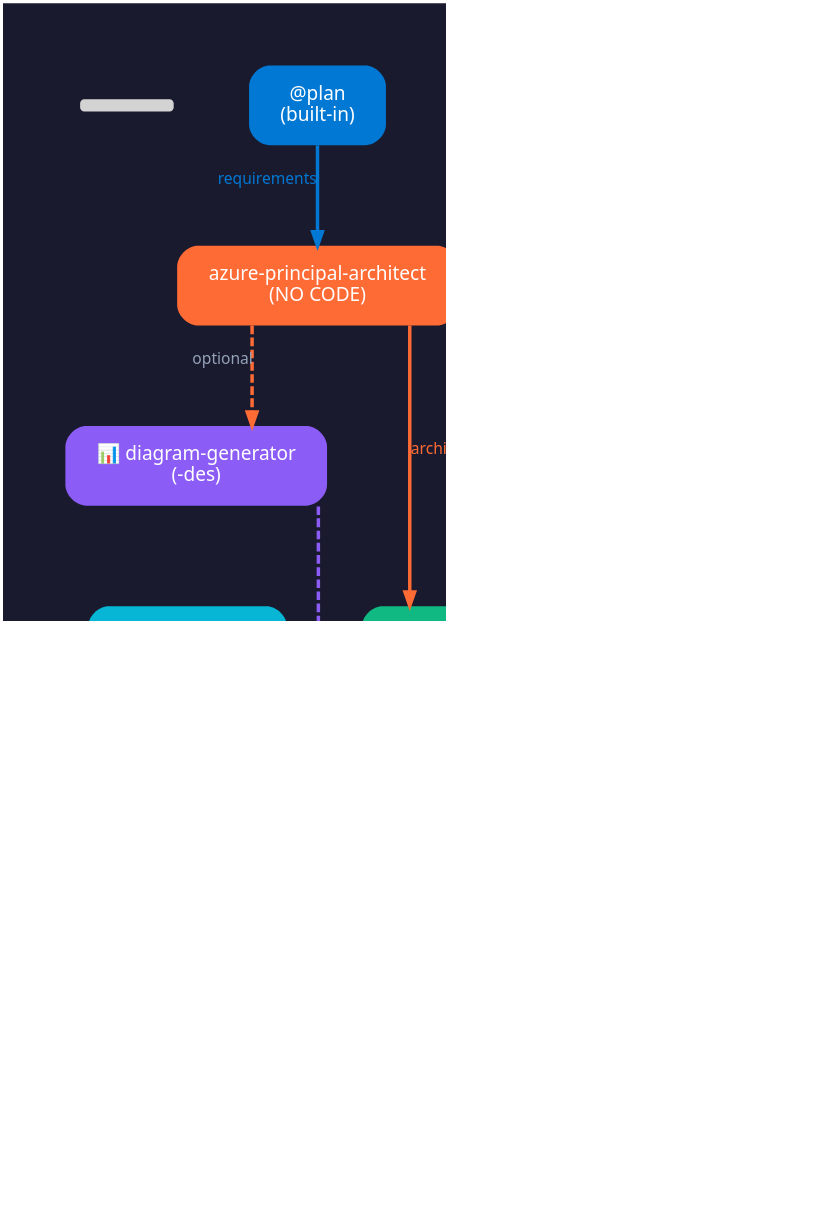
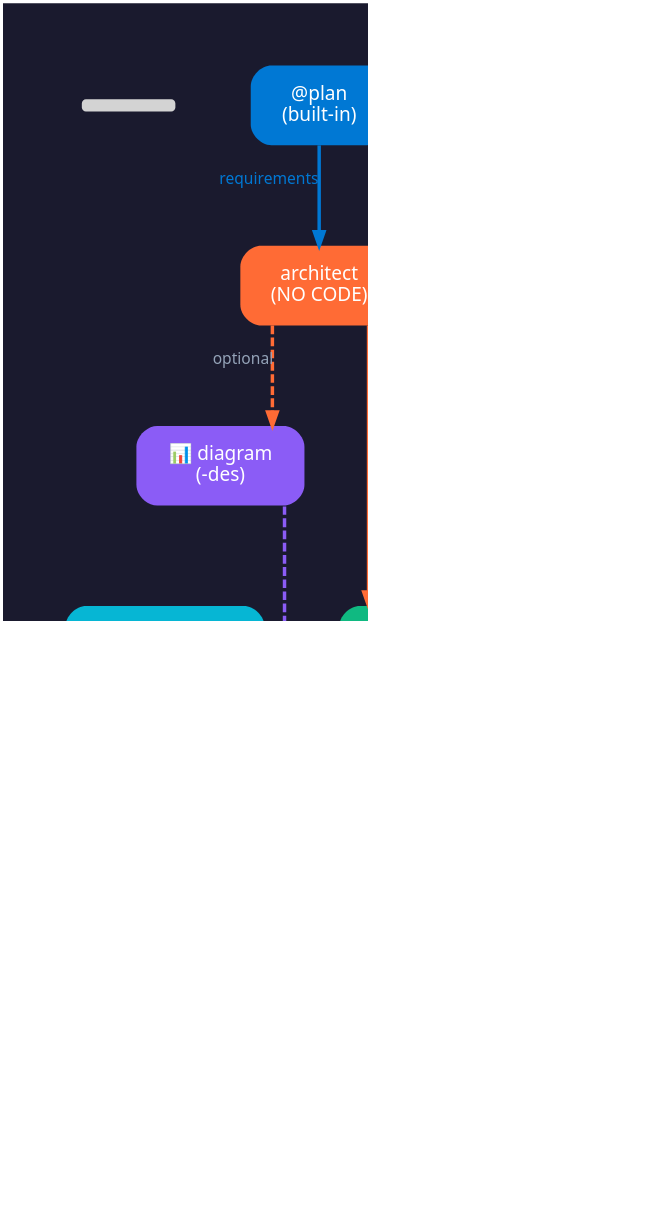
Before and after one commit to SmitaCnovate/azure-agentic-infraops: the diagram in docs/_superseded/diagrams/workflow/workflow_themed.dot, drawn with Graphviz. The commit also changed 102 other files, not shown here.

```diff
--- a/docs/_superseded/diagrams/workflow/workflow_themed.dot
+++ b/docs/_superseded/diagrams/workflow/workflow_themed.dot
@@ -1,200 +1,200 @@
 
 digraph AgenticInfraOps {
     // Graph settings
     graph [
         bgcolor="#1a1a2e"
         fontcolor="white"
         fontname="Segoe UI"
         fontsize="16"
         pad="0.5"
         splines="ortho"
         nodesep="0.6"
         ranksep="0.8"
         rankdir="TB"
         dpi="150"
     ]
     
     node [
         fontname="Segoe UI"
         fontsize="11"
         fontcolor="white"
         style="filled,rounded"
         shape="box"
         penwidth="0"
         margin="0.25,0.15"
     ]
     
     edge [
         color="#64748b"
         fontcolor="#94a3b8"
         fontname="Segoe UI"
         fontsize="9"
         penwidth="2"
         arrowsize="0.8"
     ]
     
     // Title (invisible node for spacing)
     title [label="" shape="none" height="0.1"]
     
     // Step 1: Requirements
     subgraph cluster_step1 {
         label="Step 1: Requirements"
         fontcolor="white"
         fontname="Segoe UI Semibold"
         fontsize="12"
         bgcolor="#16213e"
         style="rounded"
         pencolor="#0f3460"
         penwidth="2"
         
         plan [
             label="@plan\n(built-in)"
             fillcolor="#0078D4"
         ]
     }
     
     // Step 2: Architecture
     subgraph cluster_step2 {
         label="Step 2: Architecture"
         fontcolor="white"
         fontname="Segoe UI Semibold"
         fontsize="12"
         bgcolor="#16213e"
         style="rounded"
         pencolor="#0f3460"
         penwidth="2"
         
         architect [
-            label="azure-principal-architect\n(NO CODE)"
+            label="architect\n(NO CODE)"
             fillcolor="#FF6B35"
         ]
     }
     
     // Step 3: Design Artifacts
     subgraph cluster_step3 {
         label="Step 3: Design Artifacts (Optional)"
         fontcolor="#94a3b8"
         fontname="Segoe UI Semibold"
         fontsize="12"
         bgcolor="#16213e"
         style="rounded,dashed"
         pencolor="#0f3460"
         penwidth="2"
         
         diagrams_design [
-            label="📊 diagram-generator\n(-des)"
+            label="📊 diagram\n(-des)"
             fillcolor="#8b5cf6"
         ]
         
         adr_design [
-            label="📝 adr-generator\n(-des)"
+            label="📝 adr\n(-des)"
             fillcolor="#14b8a6"
         ]
     }
     
     // Step 4: Planning
     subgraph cluster_step4 {
         label="Step 4: Planning"
         fontcolor="white"
         fontname="Segoe UI Semibold"
         fontsize="12"
         bgcolor="#16213e"
         style="rounded"
         pencolor="#0f3460"
         penwidth="2"
         
         bicep_plan [
             label="bicep-plan\n(plan only)"
             fillcolor="#10b981"
         ]
         
         subgraph cluster_governance {
             label="Governance Discovery"
             fontcolor="#94a3b8"
             fontsize="10"
             bgcolor="#0f3460"
             style="rounded,dashed"
             pencolor="#334155"
             
             policy [
                 label="🔒 Azure Policy\n(constraints)"
                 fillcolor="#06b6d4"
             ]
         }
     }
     
     // Step 5: Implementation
     subgraph cluster_step5 {
         label="Step 5: Implementation"
         fontcolor="white"
         fontname="Segoe UI Semibold"
         fontsize="12"
         bgcolor="#16213e"
         style="rounded"
         pencolor="#0f3460"
         penwidth="2"
         
         bicep_implement [
-            label="bicep-implement\n(code generation)"
+            label="bicep-code\n(code generation)"
             fillcolor="#ec4899"
         ]
     }
     
     // Step 6: Deploy
     subgraph cluster_step6 {
         label="Step 6: Deploy"
         fontcolor="white"
         fontname="Segoe UI Semibold"
         fontsize="12"
         bgcolor="#16213e"
         style="rounded"
         pencolor="#0f3460"
         penwidth="2"
         
         deploy [
             label="🚀 Deploy\nDeploy Agent"
             fillcolor="#f4722b"
         ]
     }
 
     // Step 7: As-Built Artifacts
     subgraph cluster_step7 {
         label="Step 7: As-Built Artifacts (Optional)"
         fontcolor="#94a3b8"
         fontname="Segoe UI Semibold"
         fontsize="12"
         bgcolor="#16213e"
         style="rounded,dashed"
         pencolor="#0f3460"
         penwidth="2"
         
         diagrams_asbuilt [
-            label="📊 diagram-generator\n(-ab)"
+            label="📊 diagram\n(-ab)"
             fillcolor="#8b5cf6"
         ]
         
         adr_asbuilt [
-            label="📝 adr-generator\n(-ab)"
+            label="📝 adr\n(-ab)"
             fillcolor="#14b8a6"
         ]
     }
     
     // Main workflow edges
     plan -> architect [xlabel="requirements" color="#0078D4" fontcolor="#0078D4"]
     architect -> diagrams_design [style="dashed" xlabel="optional" color="#FF6B35" fontcolor="#94a3b8"]
     architect -> bicep_plan [xlabel="architecture" color="#FF6B35" fontcolor="#FF6B35"]
     diagrams_design -> bicep_plan [style="dashed" color="#8b5cf6"]
     adr_design -> bicep_plan [style="dashed" color="#14b8a6"]
     policy -> bicep_plan [style="dashed" xlabel="constraints" color="#06b6d4" fontcolor="#06b6d4"]
     bicep_plan -> bicep_implement [xlabel="plan" color="#10b981" fontcolor="#10b981"]
     bicep_implement -> deploy [xlabel="code" color="#ec4899" fontcolor="#ec4899"]
     deploy -> diagrams_asbuilt [style="dashed" xlabel="optional" color="#f4722b" fontcolor="#94a3b8"]
     
     // Layout hints
     {rank=same; plan}
     {rank=same; architect}
     {rank=same; diagrams_design; adr_design}
     {rank=same; bicep_plan; policy}
     {rank=same; bicep_implement}
     {rank=same; diagrams_asbuilt; adr_asbuilt}
 }
```
